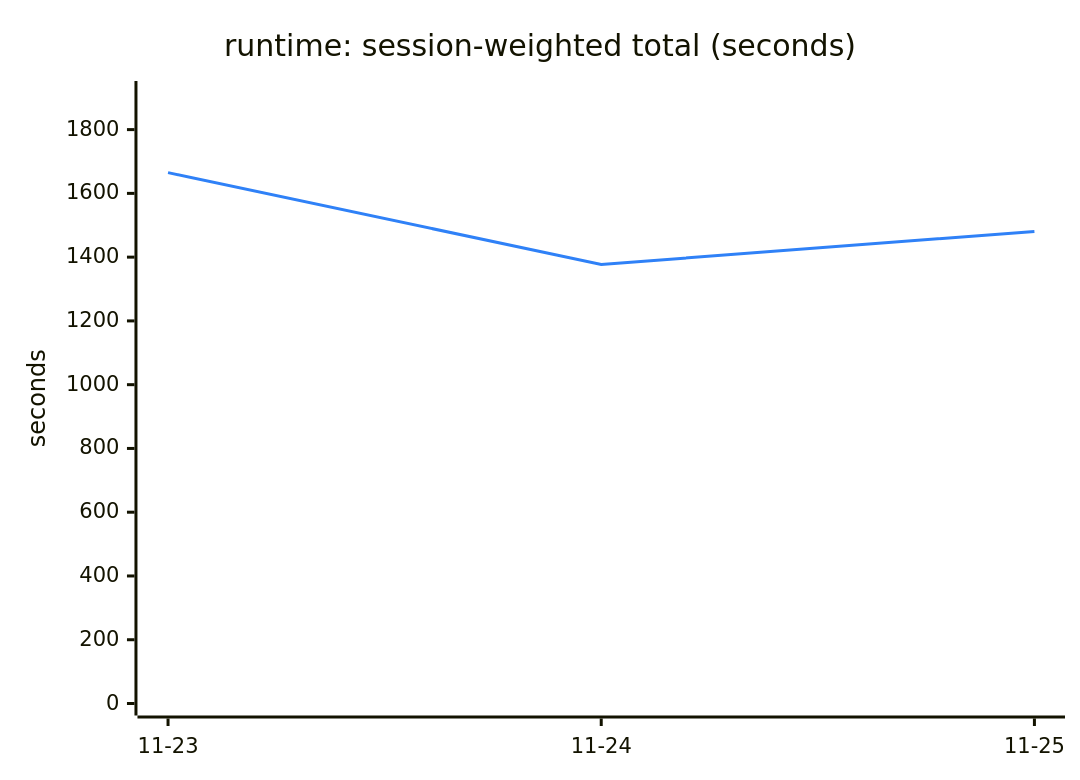
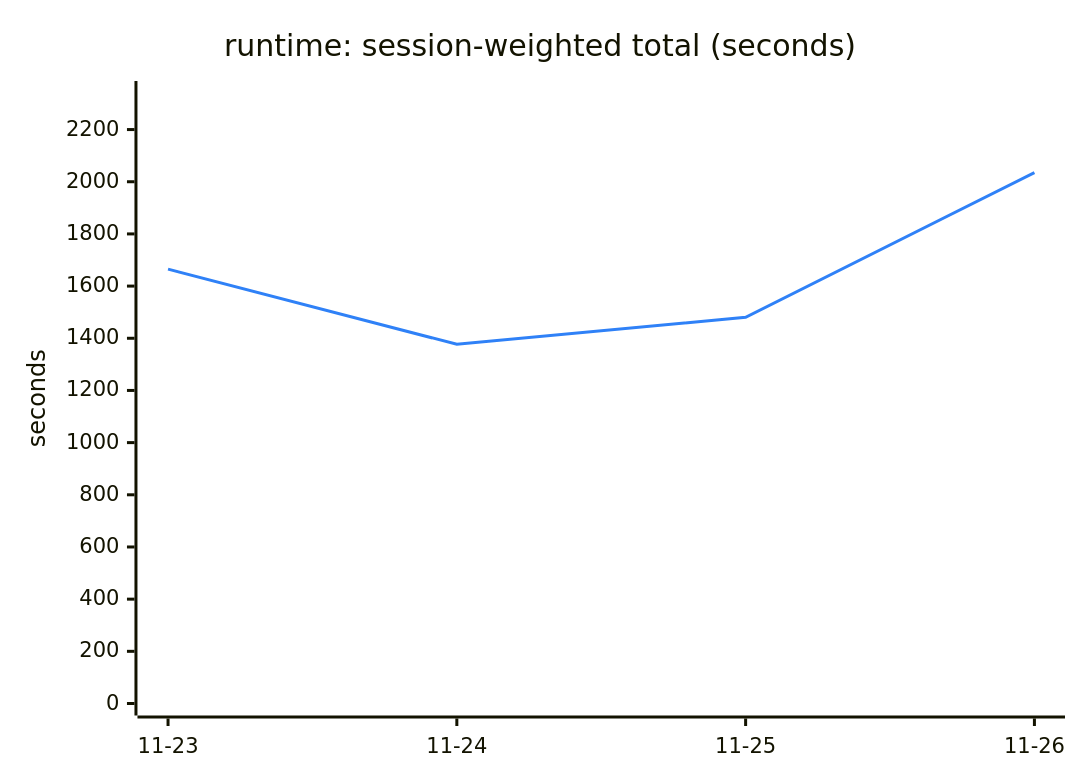
One commit to engalar/mxcli changed the sixth of 6 diagrams in TREND.md. Above: the diagram before and after it, drawn with Mermaid. The commit also changed other lines of this file and 2 other files, not shown here.

````diff
--- a/TREND.md
+++ b/TREND.md
@@ -137,13 +137,13 @@
 ```mermaid
 ---
 config:
   themeVariables:
     xyChart:
       plotColorPalette: "#2f81f7"
 ---
 xychart-beta
     title "runtime: session-weighted total (seconds)"
-    x-axis ["11-23", "11-24", "11-25"]
-    y-axis "seconds" 0 --> 1914.83
-    line [1665.07, 1376.89, 1480.64]
+    x-axis ["11-23", "11-24", "11-25", "11-26"]
+    y-axis "seconds" 0 --> 2340.16
+    line [1665.07, 1376.89, 1480.64, 2034.93]
 ```
````
